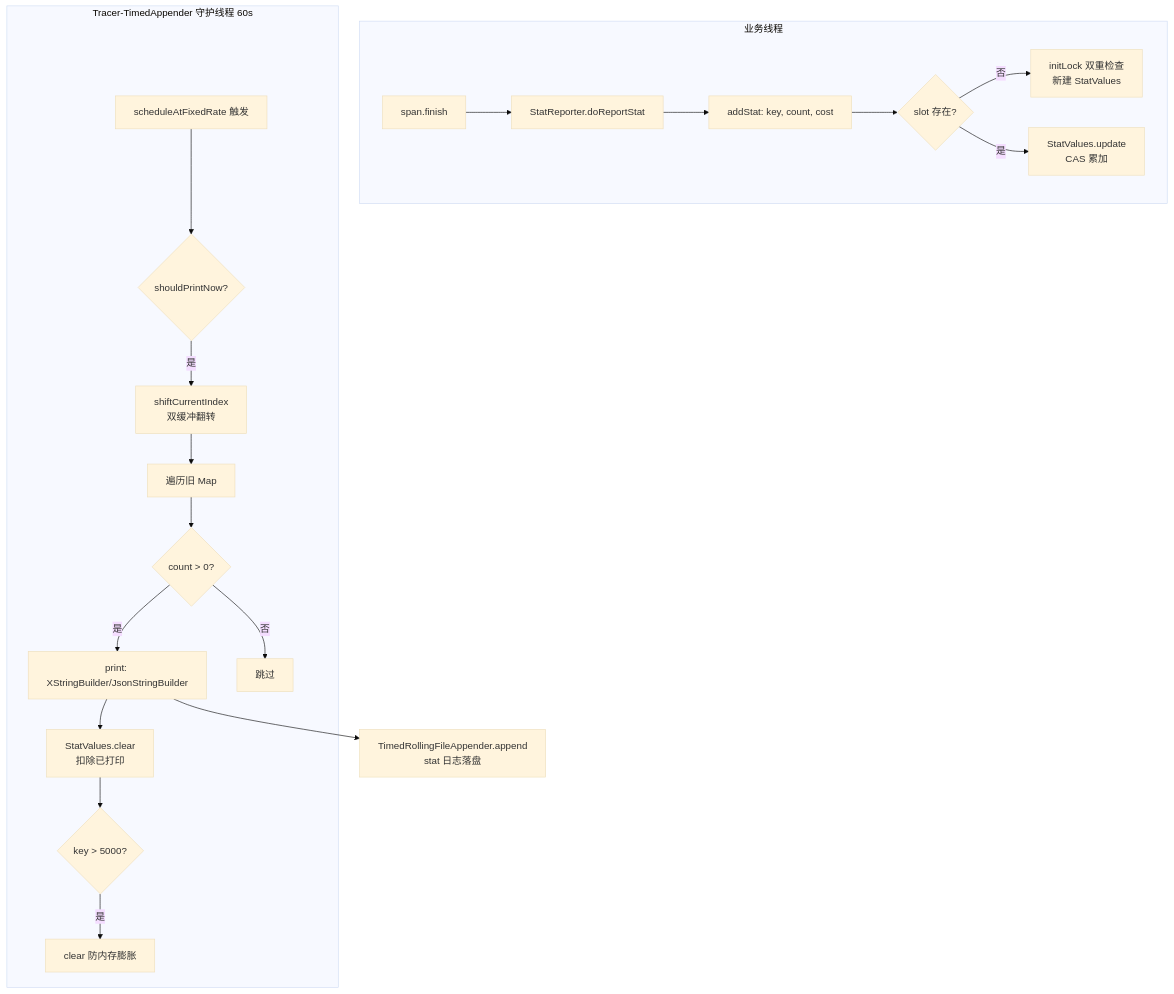
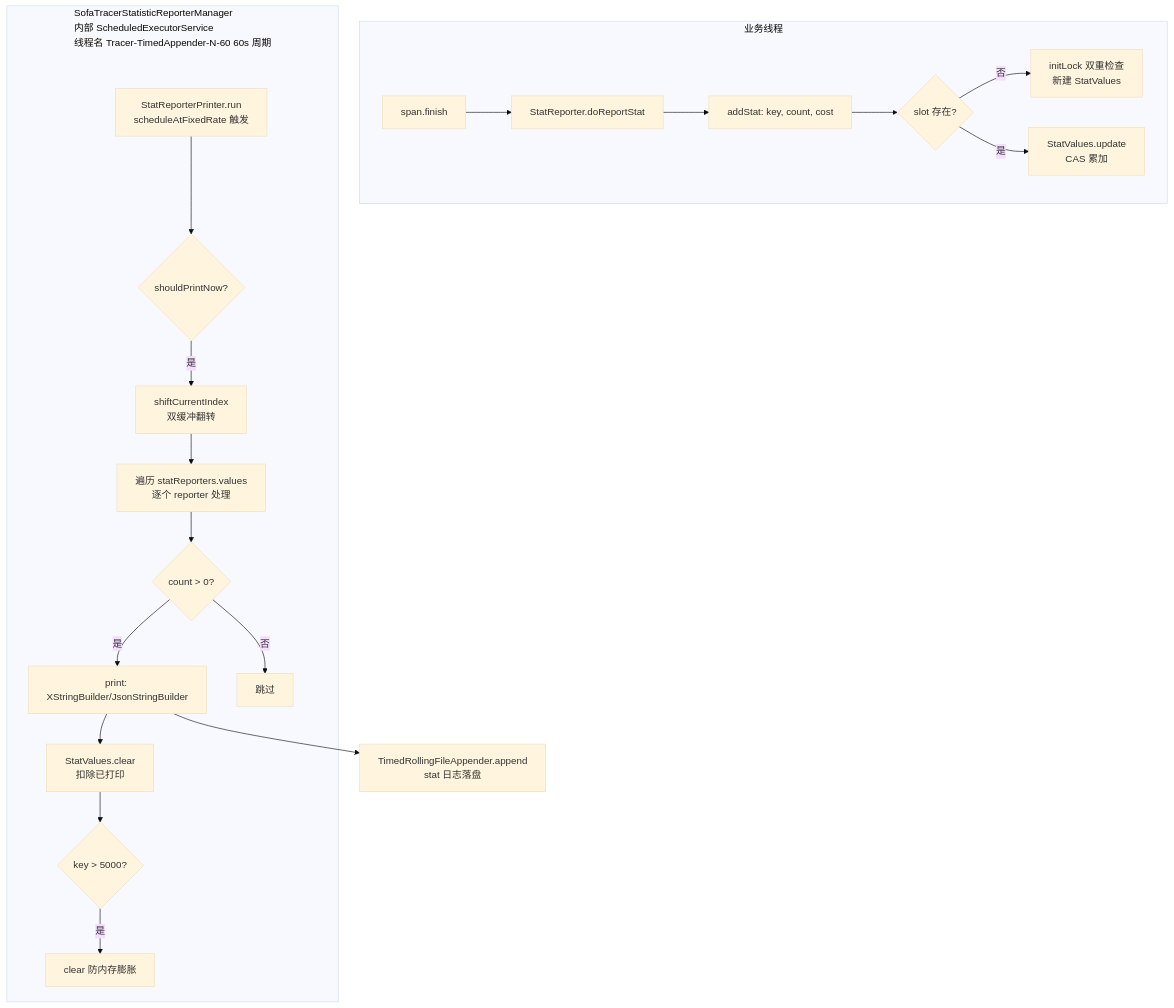
Before and after one commit to wenbin-usr/sofa-tracer: the seventh of 10 diagrams in SOFATracer实现原理深度源码解析.md, drawn with Mermaid (base theme).

````diff
--- a/SOFATracer实现原理深度源码解析.md
+++ b/SOFATracer实现原理深度源码解析.md
@@ -1019,22 +1019,22 @@
 ```mermaid
 flowchart TB
     subgraph 业务线程
         A[span.finish] --> B[StatReporter.doReportStat]
         B --> C[addStat: key, count, cost]
         C --> D{slot 存在?}
         D -->|否| E[initLock 双重检查<br/>新建 StatValues]
         D -->|是| F[StatValues.update<br/>CAS 累加]
     end
-    subgraph 定时线程[Tracer-TimedAppender 守护线程 60s]
-        G[scheduleAtFixedRate 触发] --> H{shouldPrintNow?}
+    subgraph 定时线程[SofaTracerStatisticReporterManager<br/>内部 ScheduledExecutorService<br/>线程名 Tracer-TimedAppender-N-60 60s 周期]
+        G[StatReporterPrinter.run<br/>scheduleAtFixedRate 触发] --> H{shouldPrintNow?}
         H -->|是| I[shiftCurrentIndex<br/>双缓冲翻转]
-        I --> J[遍历旧 Map]
+        I --> J[遍历 statReporters.values<br/>逐个 reporter 处理]
         J --> K{count > 0?}
         K -->|是| L[print: XStringBuilder/JsonStringBuilder]
         L --> M[StatValues.clear<br/>扣除已打印]
         K -->|否| N[跳过]
         M --> O{key > 5000?}
         O -->|是| P[clear 防内存膨胀]
     end
     L --> Q[TimedRollingFileAppender.append<br/>stat 日志落盘]
 ```
````
